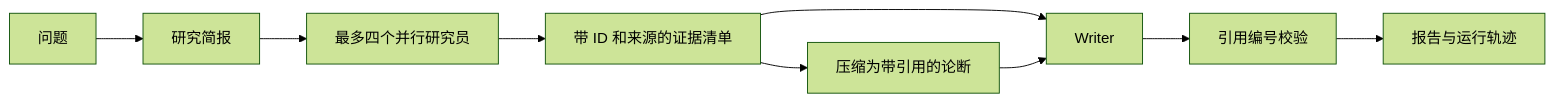
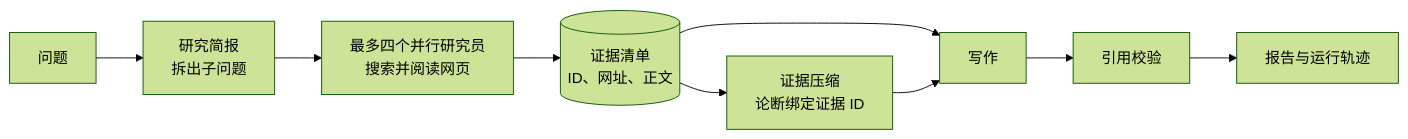
Before and after one commit to huichimegumi/deepsearch-agents: the first of 2 diagrams in README.md, drawn with Mermaid (forest theme). The commit also changed other lines of this file and 13 other files, not shown here.

````diff
--- a/README.md
+++ b/README.md
@@ -5,11 +21,11 @@
 ```mermaid
 flowchart LR
-    Q[问题] --> B[研究简报]
-    B --> P[最多四个并行研究员]
-    P --> E[带 ID 和来源的证据清单]
-    E --> C[压缩为带引用的论断]
-    E --> W[Writer]
+    Q[问题] --> B[研究简报<br/>拆出子问题]
+    B --> P[最多四个并行研究员<br/>搜索并阅读网页]
+    P --> E[(证据清单<br/>ID、网址、正文)]
+    E --> C[证据压缩<br/>论断绑定证据 ID]
+    E --> W[写作]
     C --> W
-    W --> V[引用编号校验]
+    W --> V[引用校验]
     V --> O[报告与运行轨迹]
 ```
````
